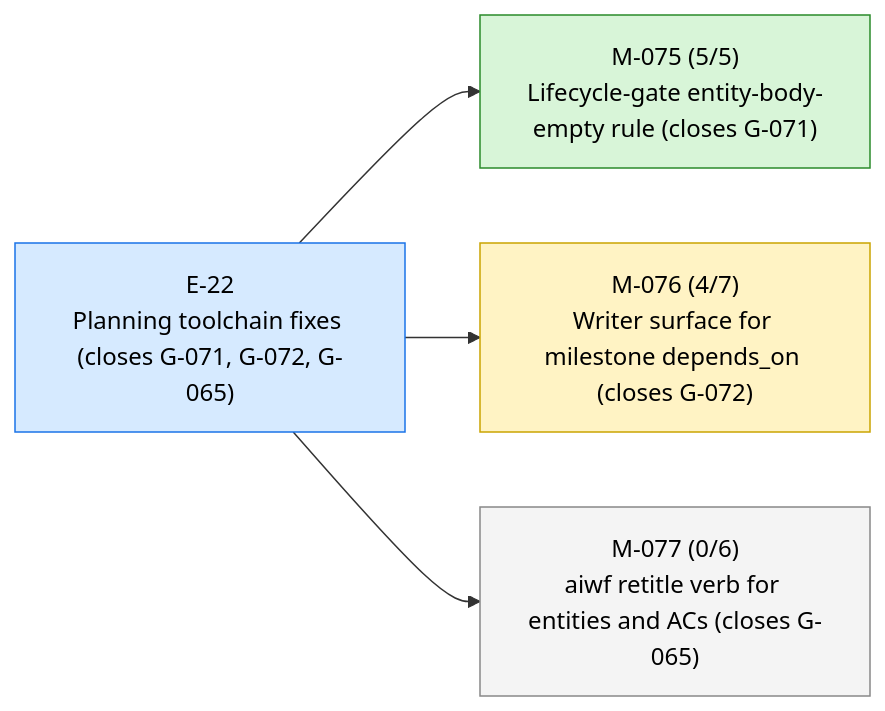
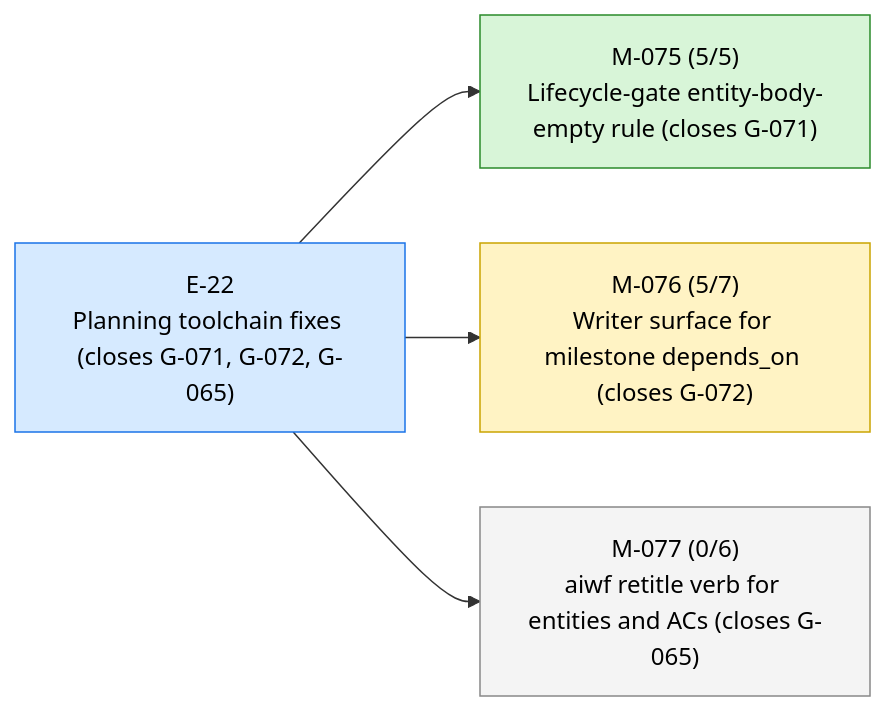
Before and after one commit to 23min/aiwf: the first of 3 diagrams in STATUS.md, drawn with Mermaid. The commit also changed other lines of this file and 1 other file, not shown here.

````diff
--- a/STATUS.md
+++ b/STATUS.md
@@ -13,16 +13,16 @@
 ```mermaid
 flowchart LR
   E_22["E-22<br/>Planning toolchain fixes (closes G-071, G-072, G-065)"]:::epic_active
   M_075["M-075 (5/5)<br/>Lifecycle-gate entity-body-empty rule (closes G-071)"]:::ms_done
   E_22 --> M_075
-  M_076["M-076 (4/7)<br/>Writer surface for milestone depends_on (closes G-072)"]:::ms_in_progress
+  M_076["M-076 (5/7)<br/>Writer surface for milestone depends_on (closes G-072)"]:::ms_in_progress
   E_22 --> M_076
   M_077["M-077 (0/6)<br/>aiwf retitle verb for entities and ACs (closes G-065)"]:::ms_draft
   E_22 --> M_077
   classDef epic_active fill:#d6eaff,stroke:#1a73e8,color:#000
   classDef epic_proposed fill:#f4f4f4,stroke:#888,color:#000
   classDef ms_done fill:#d8f5d8,stroke:#2a8a2a,color:#000
   classDef ms_in_progress fill:#fff3c4,stroke:#caa400,color:#000
   classDef ms_draft fill:#f4f4f4,stroke:#888,color:#000
   classDef ms_cancelled fill:#fbeaea,stroke:#c33,color:#000
 ```
````
